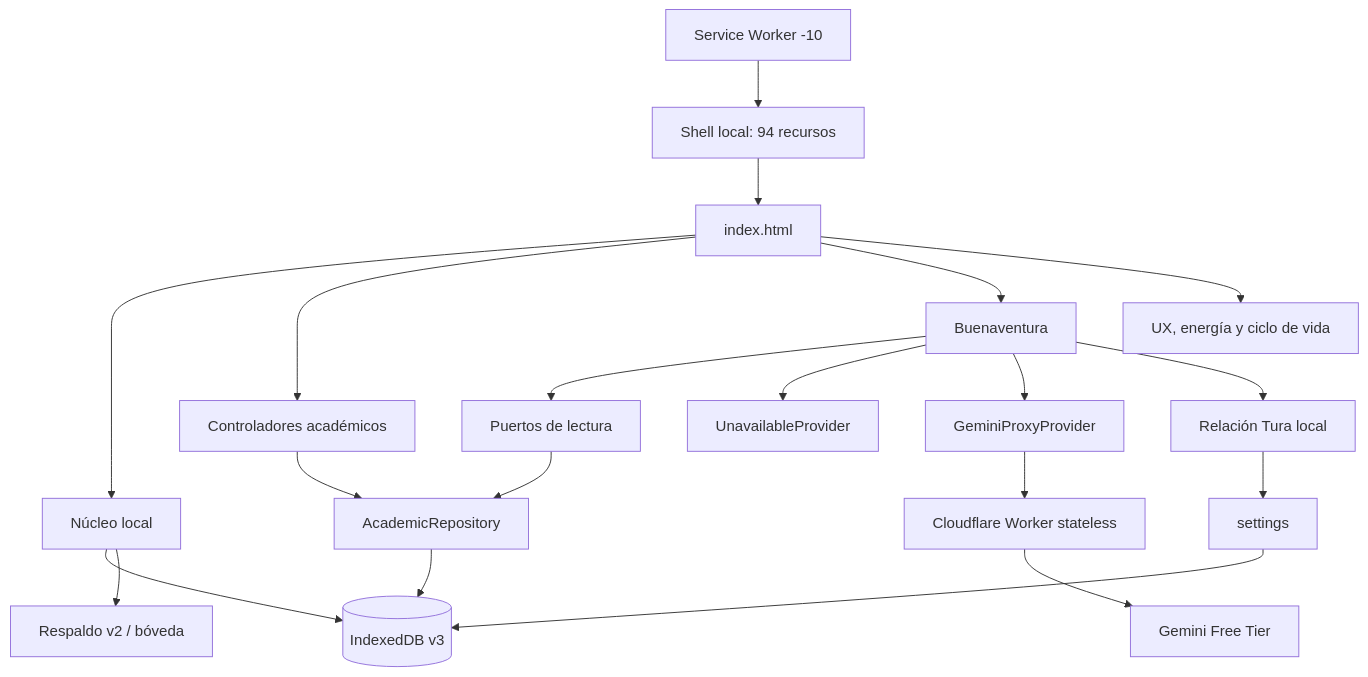
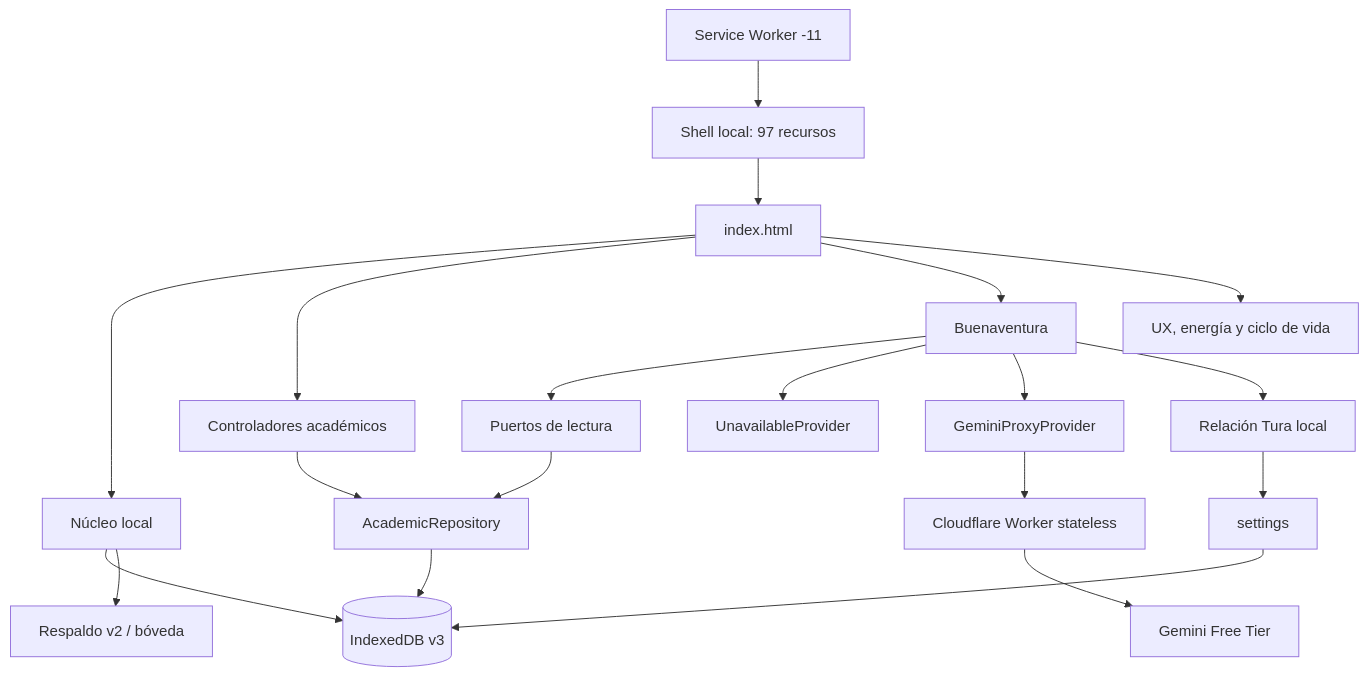
Before and after one commit to Unporciento/Proyecto: the diagram in docs/FORJA-TECHNICAL-CERTIFICATION.md, drawn with Mermaid. The commit also changed other lines of this file and 12 other files, not shown here.

````diff
--- a/docs/FORJA-TECHNICAL-CERTIFICATION.md
+++ b/docs/FORJA-TECHNICAL-CERTIFICATION.md
@@ -32,26 +32,26 @@
 ```mermaid
 flowchart TD
     HTML[index.html] --> APP[Núcleo local]
     HTML --> UI[Controladores académicos]
     HTML --> BV[Buenaventura]
     HTML --> UX[UX, energía y ciclo de vida]
 
     APP --> DB[(IndexedDB v3)]
     APP --> BACKUP[Respaldo v2 / bóveda]
     UI --> REPO[AcademicRepository]
     REPO --> DB
 
     BV --> PORTS[Puertos de lectura]
     PORTS --> REPO
     BV --> UNAVAILABLE[UnavailableProvider]
     BV --> GEMINI[GeminiProxyProvider]
     GEMINI --> WORKER[Cloudflare Worker stateless]
     WORKER --> FREE[Gemini Free Tier]
 
     BV --> REL[Relación Tura local]
     REL --> SETTINGS[settings]
     SETTINGS --> DB
 
-    SW[Service Worker -10] --> SHELL[Shell local: 94 recursos]
+    SW[Service Worker -11] --> SHELL[Shell local: 97 recursos]
     SHELL --> HTML
 ```
````
